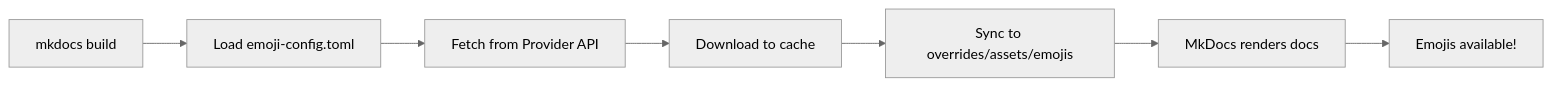
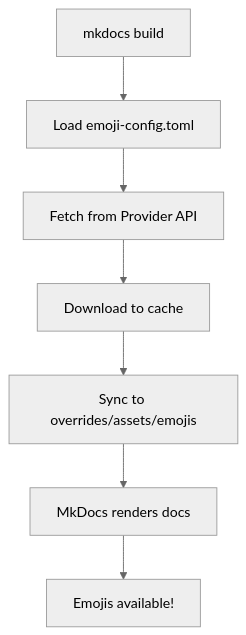
Before and after one commit to julie-dujardin/mkdocs-external-custom-emojis: the diagram in docs/index.md, drawn with Mermaid (neutral theme). The commit also changed other lines of this file and 1 other file, not shown here.

Commit message:
fix(doc): mermaid graph

````diff
--- a/docs/index.md
+++ b/docs/index.md
@@ -70,9 +72,9 @@
 ```mermaid
-graph LR
-    A[mkdocs build] --> B[Load emoji-config.toml]
+graph TD
+    A[mkdocs build] --> B["Load emoji-config.toml"]
     B --> C[Fetch from Provider API]
     C --> D[Download to cache]
-    D --> E[Sync to overrides/assets/emojis]
+    D --> E["Sync to overrides/assets/emojis"]
     E --> F[MkDocs renders docs]
-    F --> G[Emojis available!]
+    F --> G["Emojis available!"]
 ```
````
